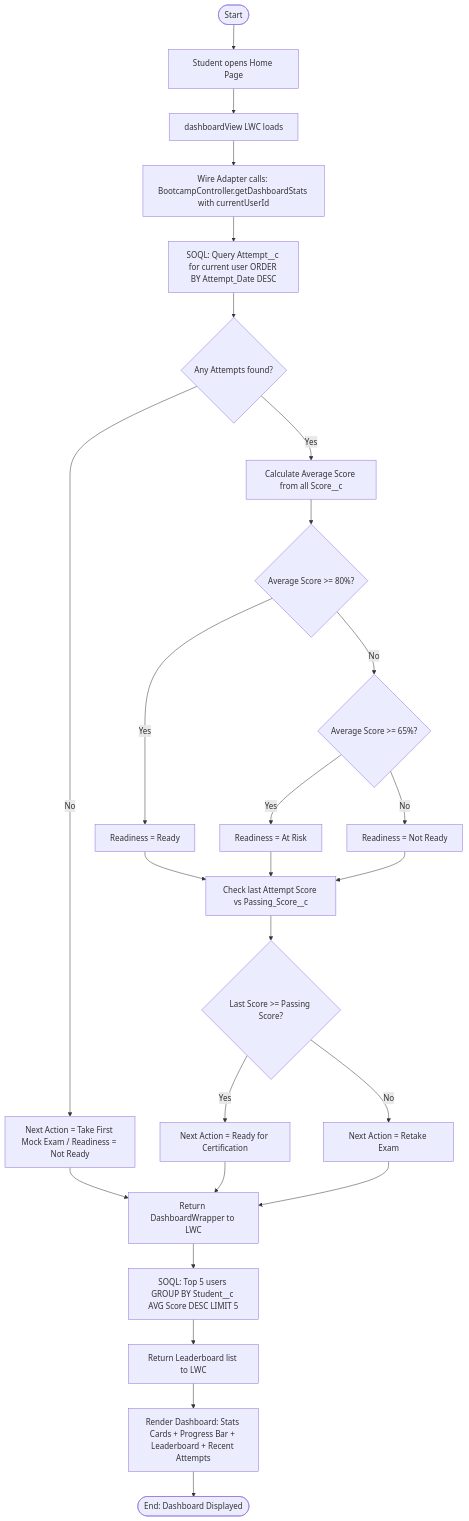
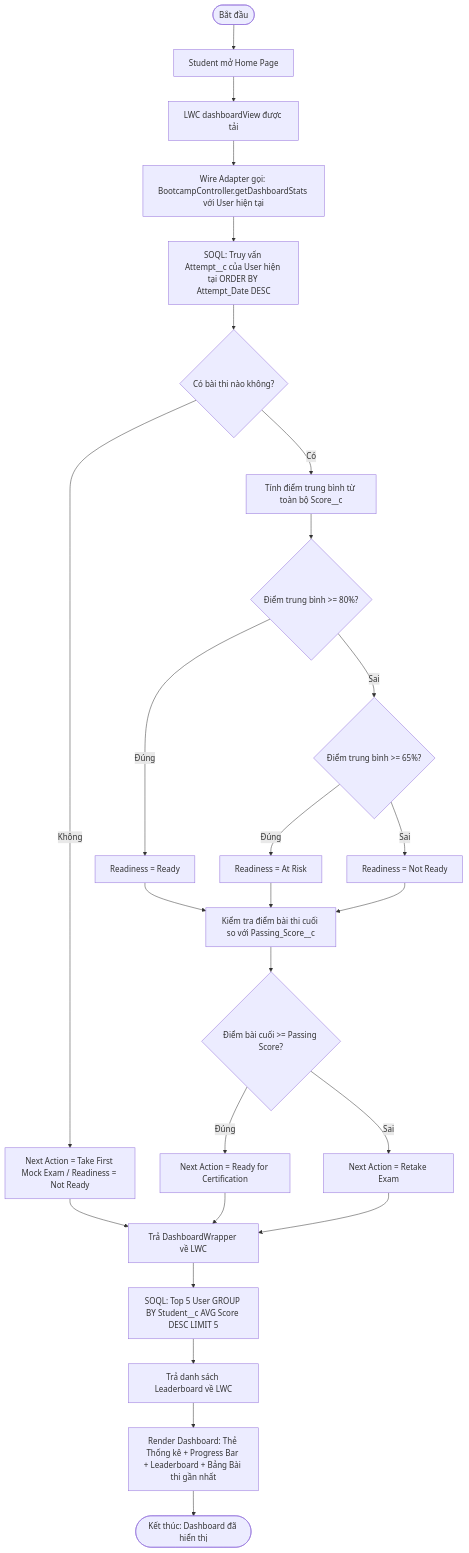
One commit to LaPhuocLoc/Salesforce-Project changed the third of 8 diagrams in Flow.md. Above: the diagram before and after it, drawn with Mermaid. The commit also changed other lines of this file, not shown here.

Commit message:
Translate Business Process Flows to Vietnamese

````diff
--- a/Flow.md
+++ b/Flow.md
@@ -69,28 +69,28 @@
 ```mermaid
 flowchart TD
-    A([Start]) --> B[Student opens Home Page]
-    B --> C[dashboardView LWC loads]
-    C --> D[Wire Adapter calls: BootcampController.getDashboardStats with currentUserId]
-    D --> E[SOQL: Query Attempt__c for current user ORDER BY Attempt_Date DESC]
-    E --> F{Any Attempts found?}
-    F -- No --> G[Next Action = Take First Mock Exam / Readiness = Not Ready]
-    F -- Yes --> H[Calculate Average Score from all Score__c]
-    H --> I{Average Score >= 80%?}
-    I -- Yes --> J[Readiness = Ready]
-    I -- No --> K{Average Score >= 65%?}
-    K -- Yes --> L[Readiness = At Risk]
-    K -- No --> M[Readiness = Not Ready]
-    J --> N[Check last Attempt Score vs Passing_Score__c]
+    A([Bắt đầu]) --> B[Student mở Home Page]
+    B --> C[LWC dashboardView được tải]
+    C --> D[Wire Adapter gọi: BootcampController.getDashboardStats với User hiện tại]
+    D --> E[SOQL: Truy vấn Attempt__c của User hiện tại ORDER BY Attempt_Date DESC]
+    E --> F{Có bài thi nào không?}
+    F -- Không --> G[Next Action = Take First Mock Exam / Readiness = Not Ready]
+    F -- Có --> H[Tính điểm trung bình từ toàn bộ Score__c]
+    H --> I{Điểm trung bình >= 80%?}
+    I -- Đúng --> J[Readiness = Ready]
+    I -- Sai --> K{Điểm trung bình >= 65%?}
+    K -- Đúng --> L[Readiness = At Risk]
+    K -- Sai --> M[Readiness = Not Ready]
+    J --> N[Kiểm tra điểm bài thi cuối so với Passing_Score__c]
     L --> N
     M --> N
-    N --> O{Last Score >= Passing Score?}
-    O -- Yes --> P[Next Action = Ready for Certification]
-    O -- No --> Q[Next Action = Retake Exam]
-    G --> R[Return DashboardWrapper to LWC]
+    N --> O{Điểm bài cuối >= Passing Score?}
+    O -- Đúng --> P[Next Action = Ready for Certification]
+    O -- Sai --> Q[Next Action = Retake Exam]
+    G --> R[Trả DashboardWrapper về LWC]
     P --> R
     Q --> R
-    R --> S[SOQL: Top 5 users GROUP BY Student__c AVG Score DESC LIMIT 5]
-    S --> T[Return Leaderboard list to LWC]
-    T --> U[Render Dashboard: Stats Cards + Progress Bar + Leaderboard + Recent Attempts]
-    U --> V([End: Dashboard Displayed])
+    R --> S[SOQL: Top 5 User GROUP BY Student__c AVG Score DESC LIMIT 5]
+    S --> T[Trả danh sách Leaderboard về LWC]
+    T --> U[Render Dashboard: Thẻ Thống kê + Progress Bar + Leaderboard + Bảng Bài thi gần nhất]
+    U --> V([Kết thúc: Dashboard đã hiển thị])
 ```
````
